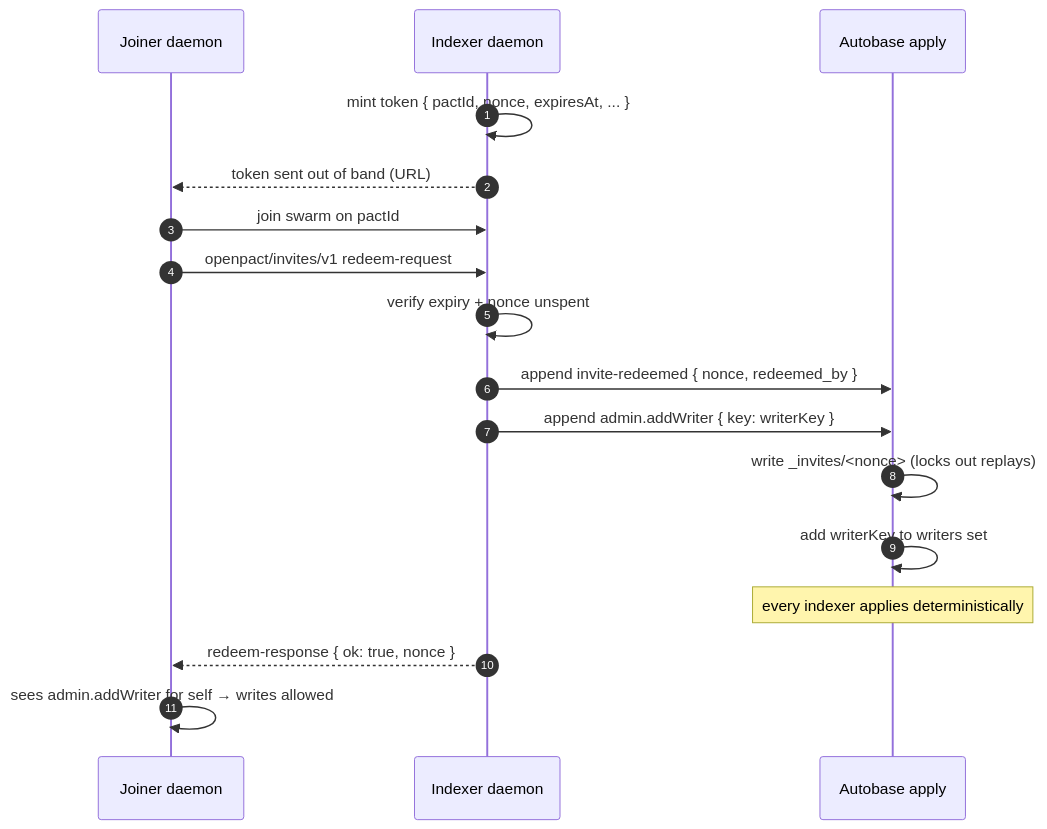
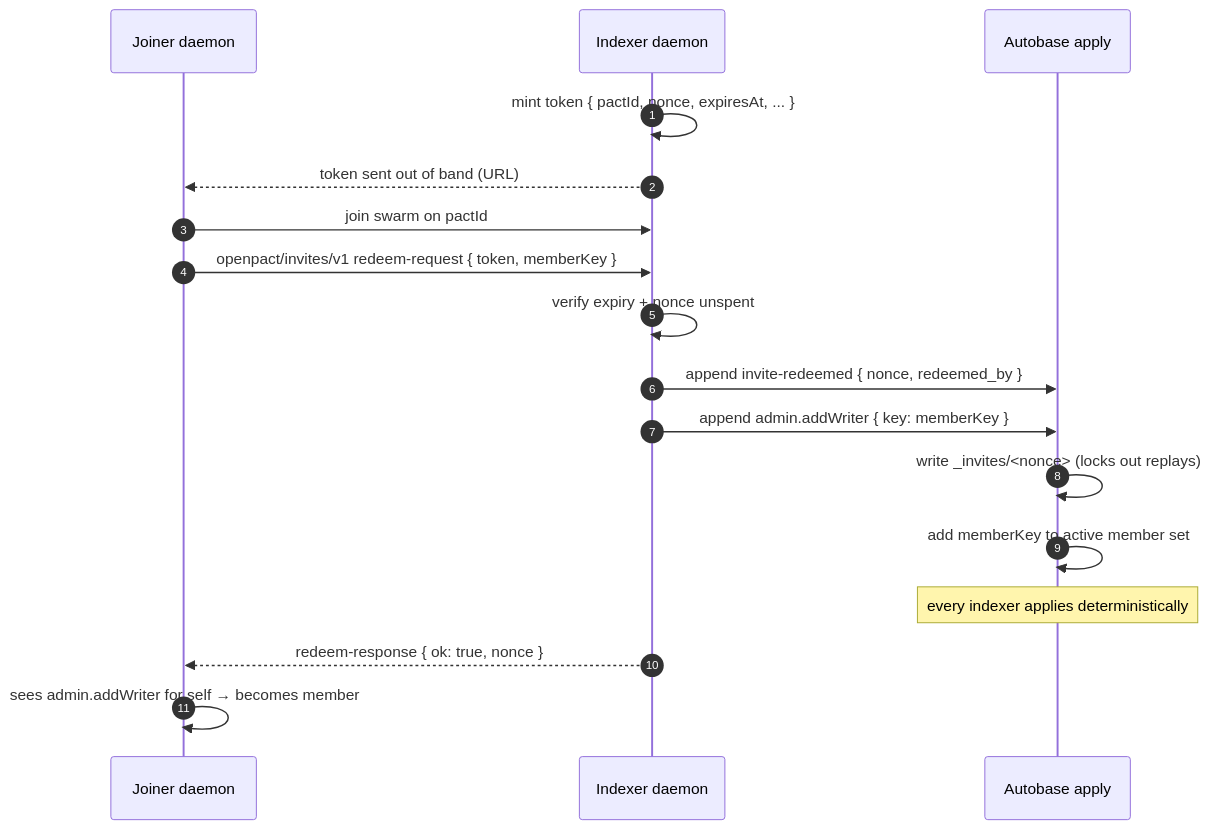
The fifth of 5 diagrams in README.md (openpact-dev/openpact), drawn with Mermaid before and after one commit. The commit also changed other lines of this file and 116 other files, not shown here.

First line of the commit message:
feat(daemon + cli + sdk + docs): replace reader access with member-gated invites

````diff
--- a/README.md
+++ b/README.md
@@ -259,20 +259,20 @@
 ```mermaid
 sequenceDiagram
   autonumber
   participant Joiner as Joiner daemon
   participant Creator as Indexer daemon
   participant Auto as Autobase apply
 
   Creator->>Creator: mint token { pactId, nonce, expiresAt, ... }
   Creator-->>Joiner: token sent out of band (URL)
   Joiner->>Creator: join swarm on pactId
-  Joiner->>Creator: openpact/invites/v1 redeem-request
+  Joiner->>Creator: openpact/invites/v1 redeem-request { token, memberKey }
   Creator->>Creator: verify expiry + nonce unspent
   Creator->>Auto: append invite-redeemed { nonce, redeemed_by }
-  Creator->>Auto: append admin.addWriter { key: writerKey }
+  Creator->>Auto: append admin.addWriter { key: memberKey }
   Auto->>Auto: write _invites/<nonce> (locks out replays)
-  Auto->>Auto: add writerKey to writers set
+  Auto->>Auto: add memberKey to active member set
   Note over Auto: every indexer applies deterministically
   Creator-->>Joiner: redeem-response { ok: true, nonce }
-  Joiner->>Joiner: sees admin.addWriter for self → writes allowed
+  Joiner->>Joiner: sees admin.addWriter for self → becomes member
 ```
````
